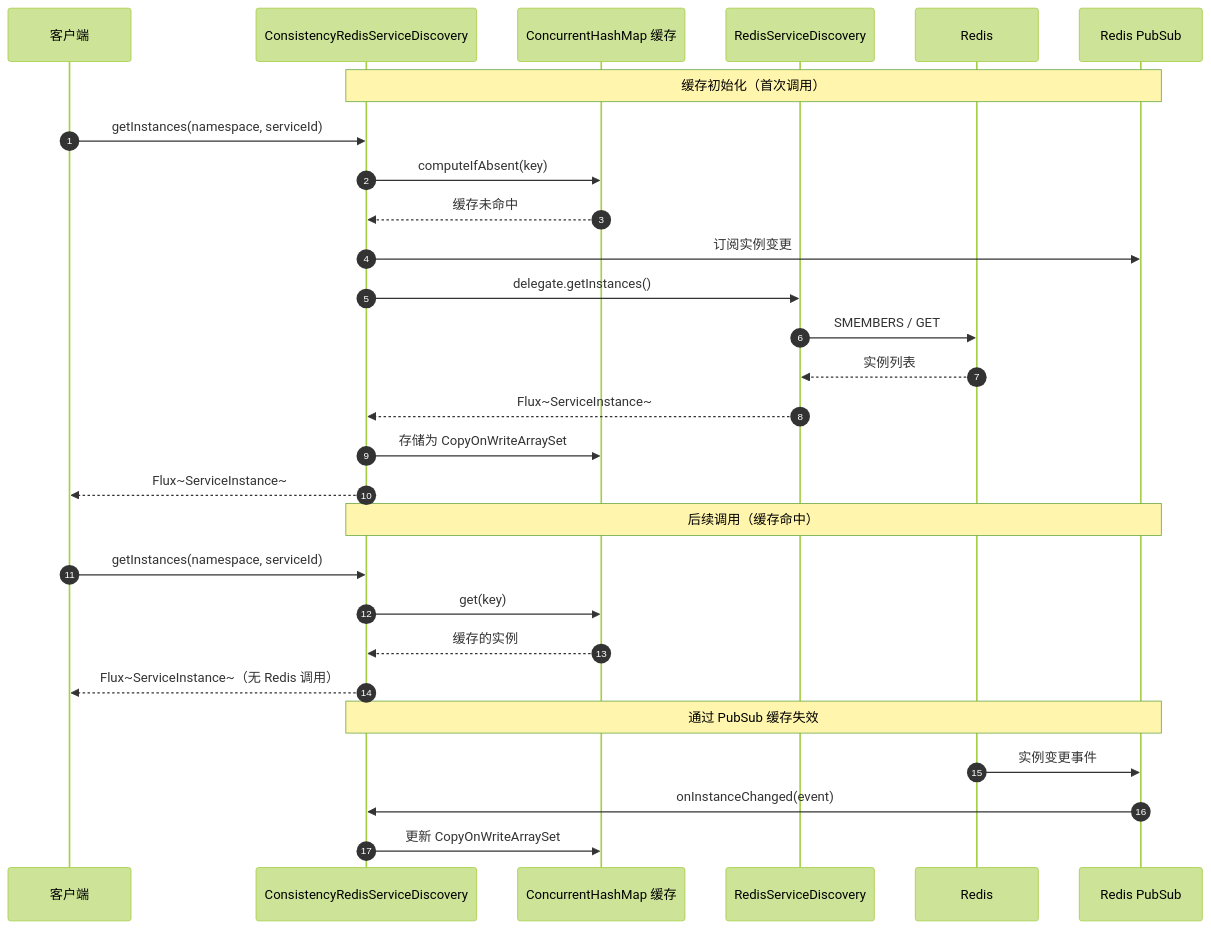
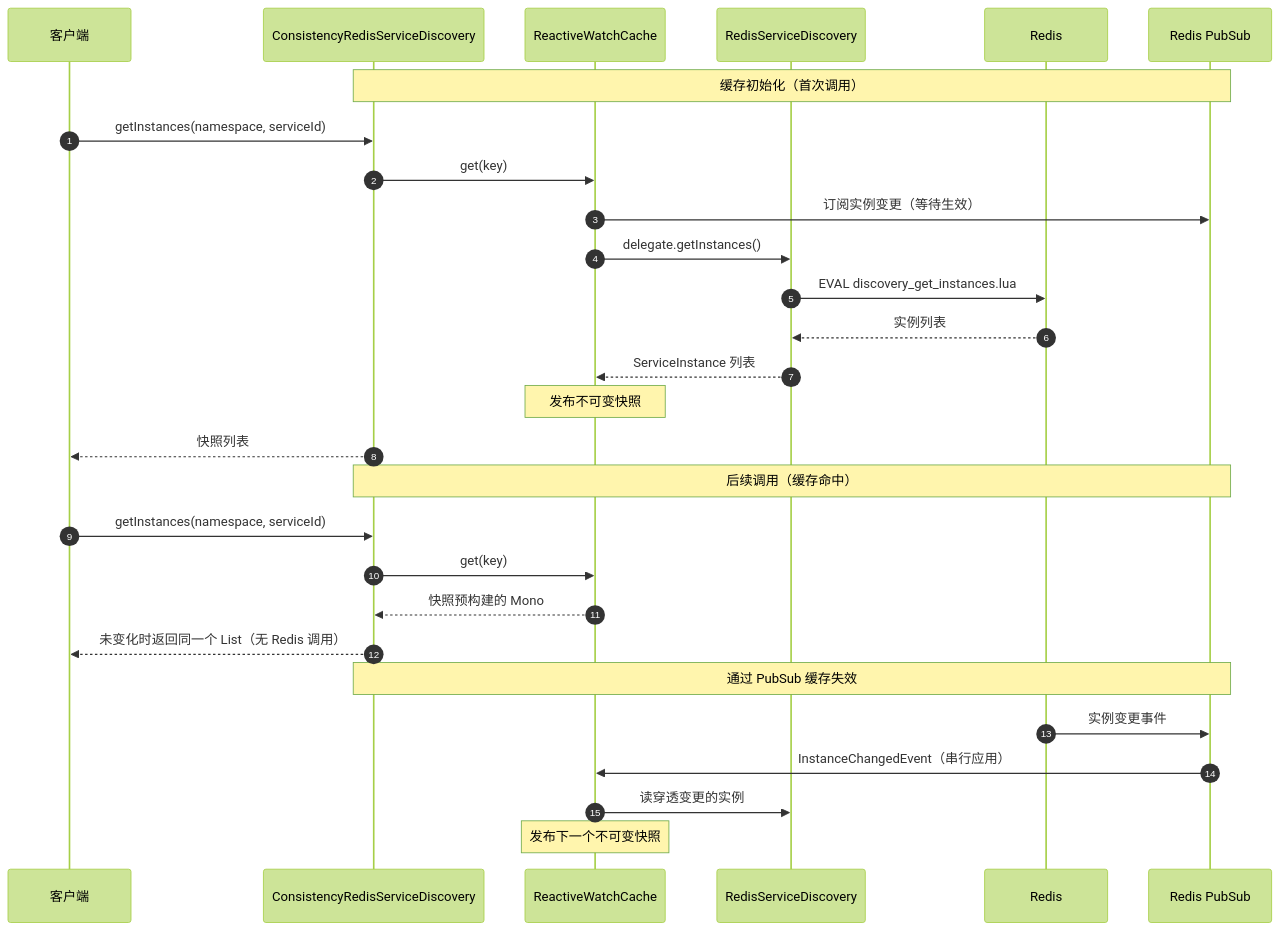
The fourth of 6 diagrams in wiki/zh/guide/performance.md (Ahoo-Wang/CoSky), drawn with Mermaid (forest theme) before and after one commit. The commit also changed other lines of this file and 35 other files, not shown here.

````diff
--- a/wiki/zh/guide/performance.md
+++ b/wiki/zh/guide/performance.md
@@ -147,33 +147,33 @@
 ```mermaid
 sequenceDiagram
     autonumber
     participant C as 客户端
     participant CRD as ConsistencyRedisServiceDiscovery
-    participant Cache as ConcurrentHashMap 缓存
+    participant Cache as ReactiveWatchCache
     participant RSD as RedisServiceDiscovery
     participant Redis as Redis
     participant PubSub as Redis PubSub
 
     Note over CRD,PubSub: 缓存初始化（首次调用）
     C->>CRD: getInstances(namespace, serviceId)
-    CRD->>Cache: computeIfAbsent(key)
-    Cache-->>CRD: 缓存未命中
-    CRD->>PubSub: 订阅实例变更
-    CRD->>RSD: delegate.getInstances()
-    RSD->>Redis: SMEMBERS / GET
+    CRD->>Cache: get(key)
+    Cache->>PubSub: 订阅实例变更（等待生效）
+    Cache->>RSD: delegate.getInstances()
+    RSD->>Redis: EVAL discovery_get_instances.lua
     Redis-->>RSD: 实例列表
-    RSD-->>CRD: Flux~ServiceInstance~
-    CRD->>Cache: 存储为 CopyOnWriteArraySet
-    CRD-->>C: Flux~ServiceInstance~
+    RSD-->>Cache: ServiceInstance 列表
+    Note over Cache: 发布不可变快照
+    CRD-->>C: 快照列表
 
     Note over CRD,PubSub: 后续调用（缓存命中）
     C->>CRD: getInstances(namespace, serviceId)
     CRD->>Cache: get(key)
-    Cache-->>CRD: 缓存的实例
-    CRD-->>C: Flux~ServiceInstance~（无 Redis 调用）
+    Cache-->>CRD: 快照预构建的 Mono
+    CRD-->>C: 未变化时返回同一个 List（无 Redis 调用）
 
     Note over CRD,PubSub: 通过 PubSub 缓存失效
     Redis->>PubSub: 实例变更事件
-    PubSub->>CRD: onInstanceChanged(event)
-    CRD->>Cache: 更新 CopyOnWriteArraySet
+    PubSub->>Cache: InstanceChangedEvent（串行应用）
+    Cache->>RSD: 读穿透变更的实例
+    Note over Cache: 发布下一个不可变快照
 ```
````
